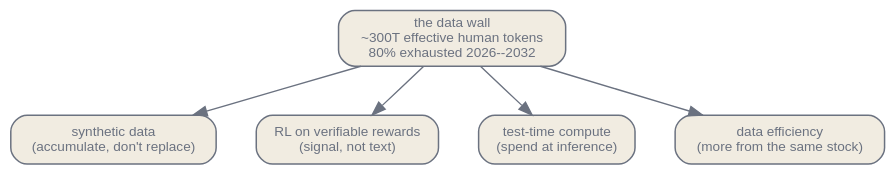
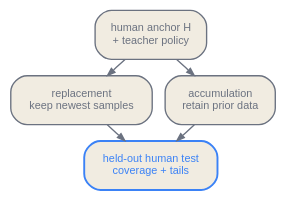
The third of 5 diagrams in en/frontiers/01-where-learning-hits-limits.qmd (latere-ai/ai-as-an-infrastructure), drawn with Graphviz before and after one commit. The commit also changed other lines of this file and 3 other files, not shown here.

Commit message:
docs: rewrite where learning hits limits

````diff
--- a/en/frontiers/01-where-learning-hits-limits.qmd
+++ b/en/frontiers/01-where-learning-hits-limits.qmd
@@ -38,20 +192,16 @@
 ```{dot}
-//| label: fig-learning-wall
-//| fig-cap: "The data wall as the constraint under the chapter. Compute grows several-fold per year; the stock of high-quality human text is effectively flat. Where the curves cross, every escape route is an attempt to manufacture or substitute for the missing fuel, and each is contested."
+//| label: fig-synthetic-protocols
+//| fig-cap: "Replacement and accumulation are different experiments. The result also depends on the teacher, decoder, mixture weights, filters, verifier, and held-out distribution."
 digraph {
-  bgcolor="transparent";
-  rankdir=TB;
-  nodesep=0.4; ranksep=0.5;
-  node [shape=box, style="rounded,filled", fontname="Helvetica", fontsize=10, color="#6b7280", fontcolor="#6b7280", fillcolor="#f1ece1", penwidth=1.1];
-  edge [fontsize=10, fontname="Helvetica", color="#6b7280", fontcolor="#6b7280"];
-  wall [label="the data wall\n~300T effective human tokens\n80% exhausted 2026--2032"];
-  syn [label="synthetic data\n(accumulate, don't replace)"];
-  rl [label="RL on verifiable rewards\n(signal, not text)"];
-  ttc [label="test-time compute\n(spend at inference)"];
-  eff [label="data efficiency\n(more from the same stock)"];
-  wall -> syn;
-  wall -> rl;
-  wall -> ttc;
-  wall -> eff;
+  bgcolor="transparent"; rankdir=TB;
+  nodesep=0.13; ranksep=0.17;
+  node [shape=box, style="rounded,filled", fontname="Helvetica", fontsize=8, margin="0.10,0.06", color="#6b7280", fontcolor="#6b7280", fillcolor="#f1ece1"];
+  edge [color="#6b7280", arrowsize=0.55];
+  source [label="human anchor H\n+ teacher policy"];
+  replace [label="replacement\nkeep newest samples"];
+  accumulate [label="accumulation\nretain prior data"];
+  verify [label="held-out human test\ncoverage + tails", color="#3b82f6", fontcolor="#3b82f6", penwidth=1.4];
+  source -> replace -> verify;
+  source -> accumulate -> verify;
 }
 ```
````
